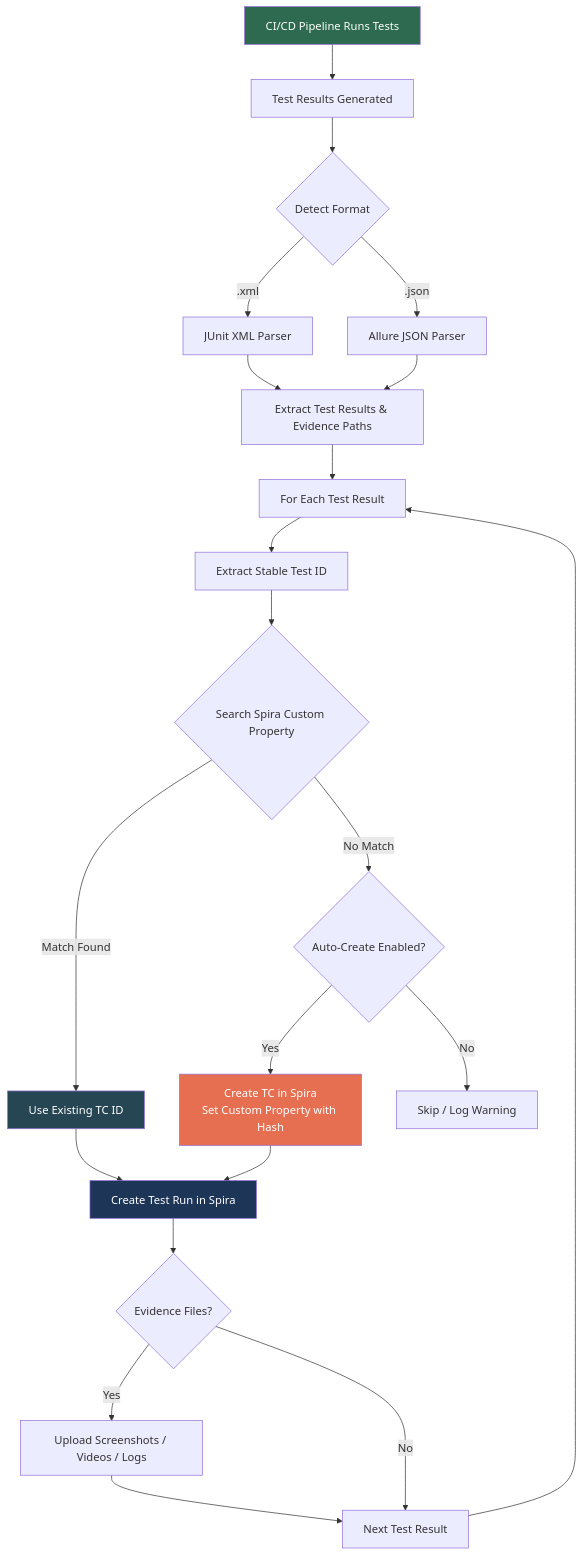
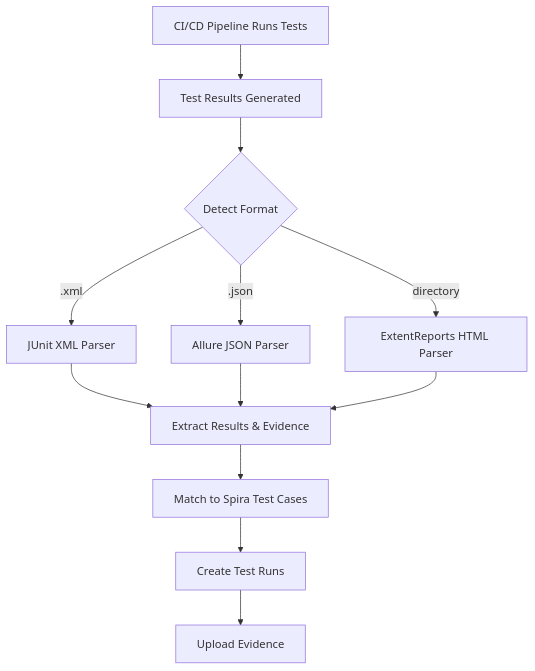
The diagram in README.md (dermotcanniffe/SpiraUniversalReporter), drawn with Mermaid before and after one commit. The commit also changed other lines of this file, not shown here.

````diff
--- a/README.md
+++ b/README.md
@@ -18,35 +19,14 @@
 ```mermaid
 flowchart TD
     A[CI/CD Pipeline Runs Tests] --> B[Test Results Generated]
     B --> C{Detect Format}
     C -->|.xml| D[JUnit XML Parser]
     C -->|.json| E[Allure JSON Parser]
-    
-    D --> F[Extract Test Results & Evidence Paths]
-    E --> F
-    
-    F --> G[For Each Test Result]
-    G --> H[Extract Stable Test ID]
-    H --> I{Search Spira Custom Property}
-    
-    I -->|Match Found| J[Use Existing TC ID]
-    I -->|No Match| K{Auto-Create Enabled?}
-    
-    K -->|Yes| L[Create TC in Spira\nSet Custom Property with Hash]
-    K -->|No| M[Skip / Log Warning]
-    
-    L --> N[Create Test Run in Spira]
-    J --> N
-    
-    N --> O{Evidence Files?}
-    O -->|Yes| P[Upload Screenshots / Videos / Logs]
-    O -->|No| Q[Next Test Result]
-    P --> Q
-    
-    Q --> G
-    
-    style A fill:#2d6a4f,color:#fff
-    style N fill:#1d3557,color:#fff
-    style L fill:#e76f51,color:#fff
-    style J fill:#264653,color:#fff
+    C -->|directory| F[ExtentReports HTML Parser]
+    D --> G[Extract Results & Evidence]
+    E --> G
+    F --> G
+    G --> H[Match to Spira Test Cases]
+    H --> I[Create Test Runs]
+    I --> J[Upload Evidence]
 ```
````
